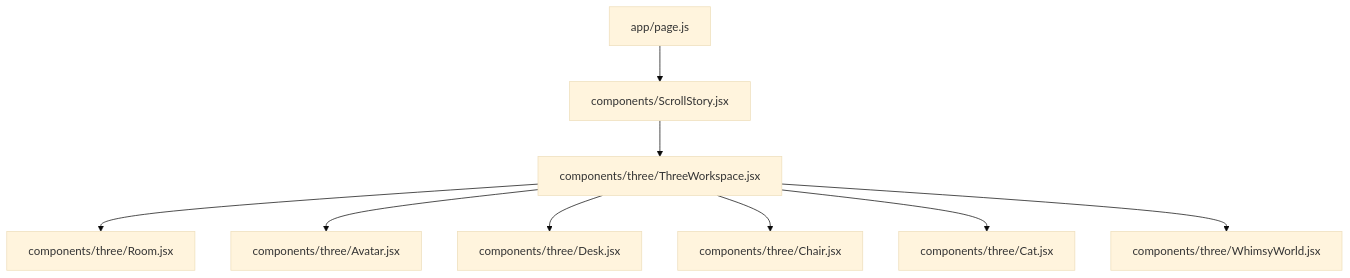
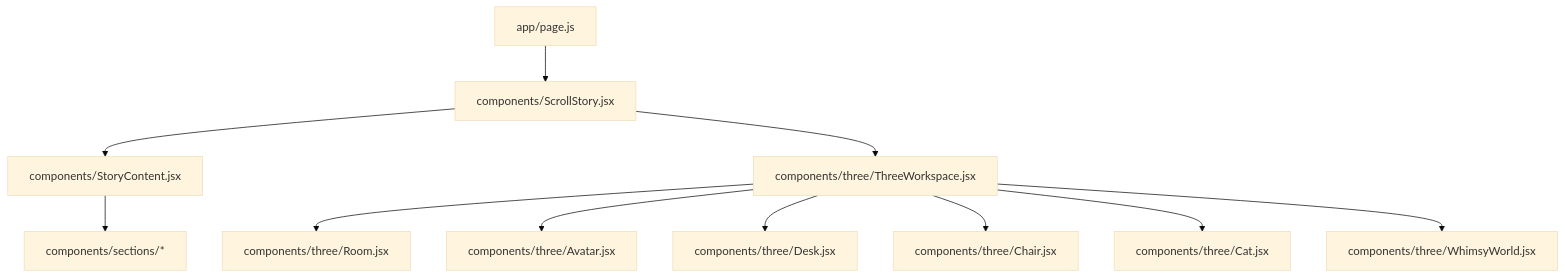
Before and after one commit to emaanfatima312005-wq/emaan-portfolio: the first of 5 diagrams in .qoder/repowiki/en/content/Architecture Overview/3D Scene Organization.md, drawn with Mermaid (base theme). The commit also changed other lines of this file and 59 other files, not shown here.

````diff
--- a/.qoder/repowiki/en/content/Architecture Overview/3D Scene Organization.md
+++ b/.qoder/repowiki/en/content/Architecture Overview/3D Scene Organization.md
@@ -34,11 +46,13 @@
 ```mermaid
 graph TB
 A["app/page.js"] --> B["components/ScrollStory.jsx"]
-B --> C["components/three/ThreeWorkspace.jsx"]
-C --> D["components/three/Room.jsx"]
-C --> E["components/three/Avatar.jsx"]
-C --> F["components/three/Desk.jsx"]
-C --> G["components/three/Chair.jsx"]
-C --> H["components/three/Cat.jsx"]
-C --> I["components/three/WhimsyWorld.jsx"]
+B --> C["components/StoryContent.jsx"]
+B --> D["components/three/ThreeWorkspace.jsx"]
+D --> E["components/three/Room.jsx"]
+D --> F["components/three/Avatar.jsx"]
+D --> G["components/three/Desk.jsx"]
+D --> H["components/three/Chair.jsx"]
+D --> I["components/three/Cat.jsx"]
+D --> J["components/three/WhimsyWorld.jsx"]
+C --> K["components/sections/*"]
 ```
````
